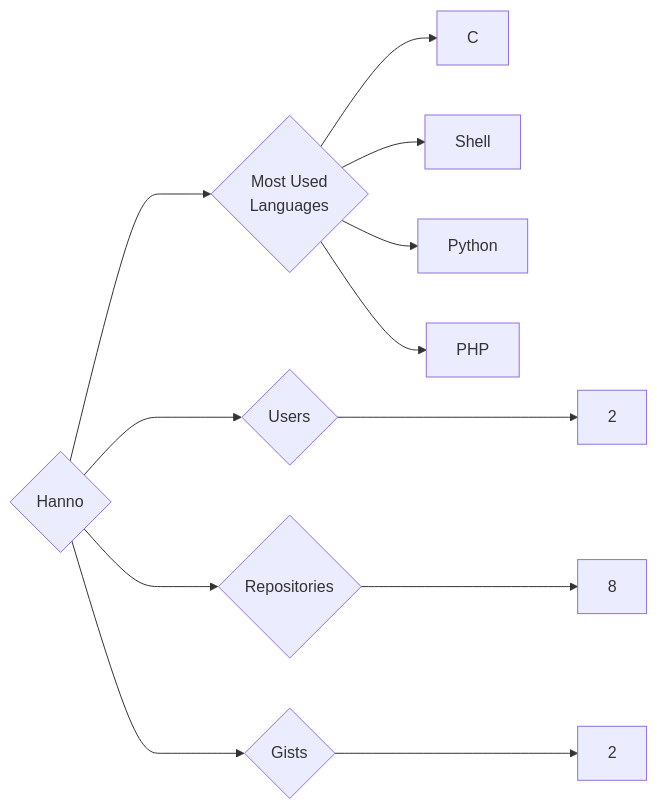
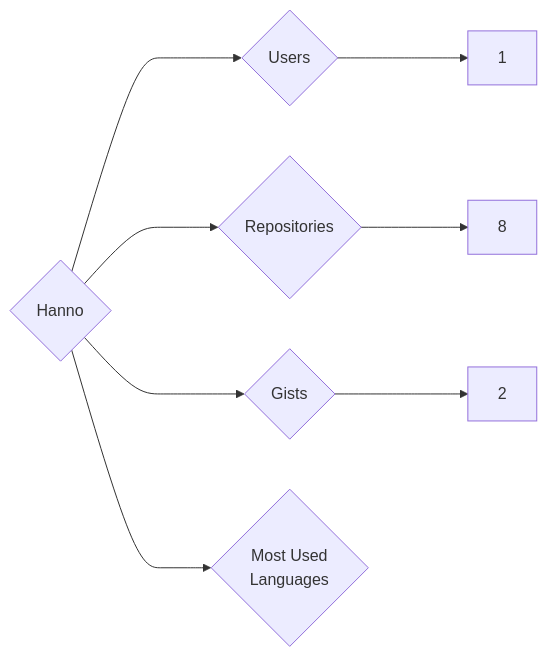
One commit to trickest/insiders changed the diagram in targets/Hanno/README.md. Above: the diagram before and after it, drawn with Mermaid. The commit also changed 872 other files, not shown here.

````diff
--- a/targets/Hanno/README.md
+++ b/targets/Hanno/README.md
@@ -3,12 +3,8 @@
 ```mermaid
 graph LR
 COMPANY_NAME{Hanno}
-COMPANY_NAME ---> U{Users} ---> UN[2]
+COMPANY_NAME ---> U{Users} ---> UN[1]
 COMPANY_NAME ---> R{Repositories} ---> RN[8]
 COMPANY_NAME ---> G{Gists} ---> GN[2]
 COMPANY_NAME ---> ML{Most Used<br>Languages}
-ML --> C[C]
-ML --> Shell[Shell]
-ML --> Python[Python]
-ML --> PHP[PHP]
 ```
````
